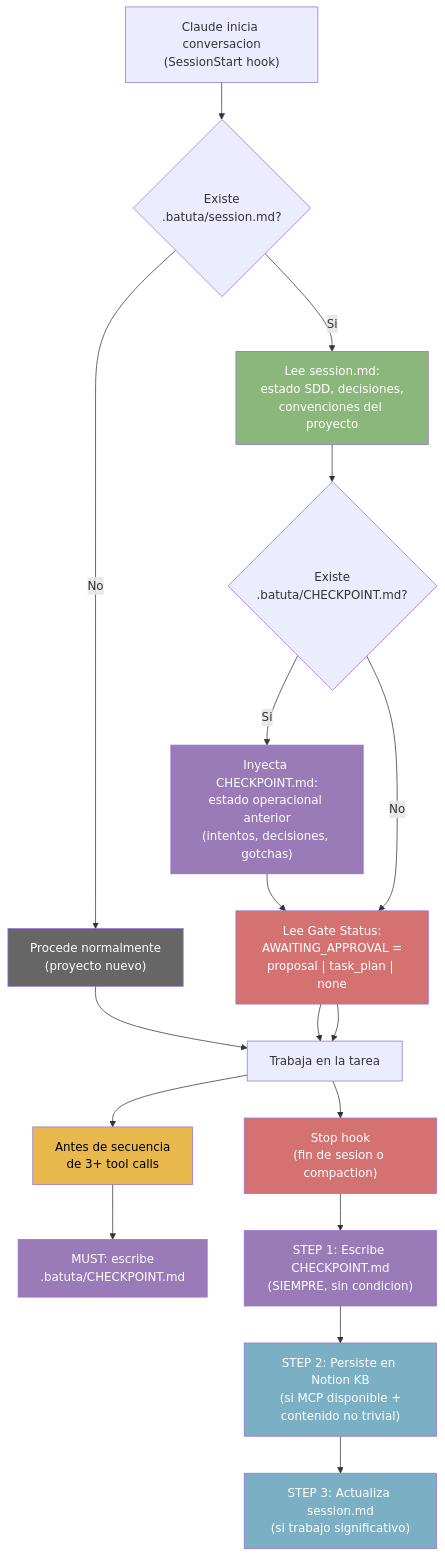
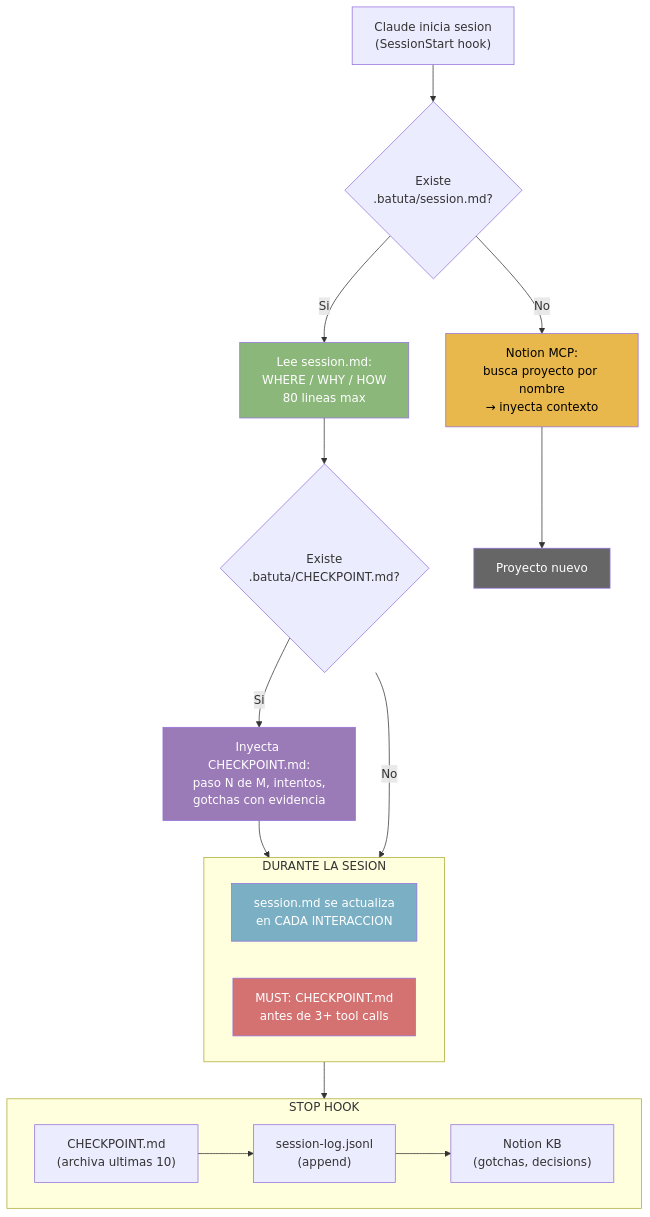
Before and after one commit to jota-batuta/batuta-dots: the sixth of 14 diagrams in docs/architecture/arquitectura-diagrama.md, drawn with Mermaid. The commit also changed other lines of this file and 120 other files, not shown here.

````diff
--- a/docs/architecture/arquitectura-diagrama.md
+++ b/docs/architecture/arquitectura-diagrama.md
@@ -438,37 +201,36 @@
 ```mermaid
 flowchart TD
-    START["Claude inicia conversacion<br/>(SessionStart hook)"]
+    START["Claude inicia sesion<br/>(SessionStart hook)"]
     CHECK_SESSION{"Existe<br/>.batuta/session.md?"}
     CHECK_CP{"Existe<br/>.batuta/CHECKPOINT.md?"}
-    READ_SESSION["Lee session.md:<br/>estado SDD, decisiones,<br/>convenciones del proyecto"]
-    READ_CP["Inyecta CHECKPOINT.md:<br/>estado operacional anterior<br/>(intentos, decisiones, gotchas)"]
-    READ_GATE["Lee Gate Status:<br/>AWAITING_APPROVAL =<br/>proposal | task_plan | none"]
-    NO_SESSION["Procede normalmente<br/>(proyecto nuevo)"]
-    WORK["Trabaja en la tarea"]
-    BEFORE3["Antes de secuencia<br/>de 3+ tool calls"]
-    WRITE_CP["MUST: escribe<br/>.batuta/CHECKPOINT.md"]
-    STOP_HOOK["Stop hook<br/>(fin de sesion o compaction)"]
-    CP_MANDATORY["STEP 1: Escribe CHECKPOINT.md<br/>(SIEMPRE, sin condicion)"]
-    NOTION_PERSIST["STEP 2: Persiste en Notion KB<br/>(si MCP disponible +<br/>contenido no trivial)"]
-    UPDATE_SESSION["STEP 3: Actualiza session.md<br/>(si trabajo significativo)"]
+    READ_SESSION["Lee session.md:<br/>WHERE / WHY / HOW<br/>80 lineas max"]
+    READ_CP["Inyecta CHECKPOINT.md:<br/>paso N de M, intentos,<br/>gotchas con evidencia"]
+    NOTION["Notion MCP:<br/>busca proyecto por nombre<br/>→ inyecta contexto"]
+    NO_SESSION["Proyecto nuevo"]
+
+    subgraph WORK["DURANTE LA SESION"]
+        UPDATE["session.md se actualiza<br/>en CADA INTERACCION"]
+        MUST["MUST: CHECKPOINT.md<br/>antes de 3+ tool calls"]
+    end
+
+    subgraph STOP["STOP HOOK"]
+        S1["CHECKPOINT.md<br/>(archiva ultimas 10)"]
+        S2["session-log.jsonl<br/>(append)"]
+        S3["Notion KB<br/>(gotchas, decisions)"]
+    end
 
     START --> CHECK_SESSION
     CHECK_SESSION -->|"Si"| READ_SESSION --> CHECK_CP
-    CHECK_SESSION -->|"No"| NO_SESSION --> WORK
-    CHECK_CP -->|"Si"| READ_CP --> READ_GATE --> WORK
-    CHECK_CP -->|"No"| READ_GATE --> WORK
-    WORK --> BEFORE3 --> WRITE_CP
-    WORK --> STOP_HOOK
-    STOP_HOOK --> CP_MANDATORY --> NOTION_PERSIST --> UPDATE_SESSION
+    CHECK_SESSION -->|"No"| NOTION --> NO_SESSION
+    CHECK_CP -->|"Si"| READ_CP --> WORK
+    CHECK_CP -->|"No"| WORK
+    WORK --> STOP
+    S1 --> S2 --> S3
 
     style READ_SESSION fill:#8BB87A,color:#fff
     style READ_CP fill:#9B7AB8,color:#fff
-    style READ_GATE fill:#D47272,color:#fff
-    style WRITE_CP fill:#9B7AB8,color:#fff
-    style CP_MANDATORY fill:#9B7AB8,color:#fff
-    style NOTION_PERSIST fill:#7AAFC4,color:#fff
-    style UPDATE_SESSION fill:#7AAFC4,color:#fff
+    style UPDATE fill:#7AAFC4,color:#fff
+    style MUST fill:#D47272,color:#fff
+    style NOTION fill:#E8B84D,color:#000
     style NO_SESSION fill:#666,color:#fff
-    style STOP_HOOK fill:#D47272,color:#fff
-    style BEFORE3 fill:#E8B84D,color:#000
 ```
````
